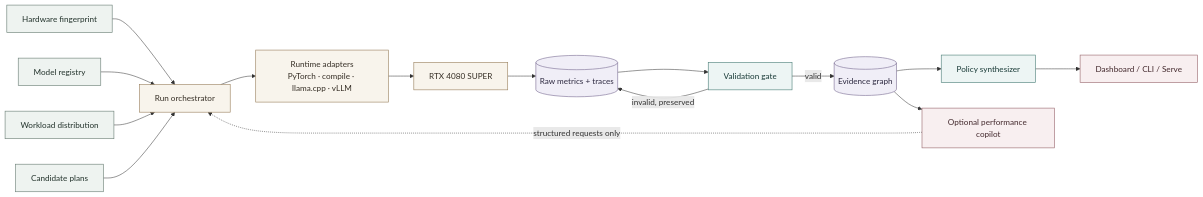
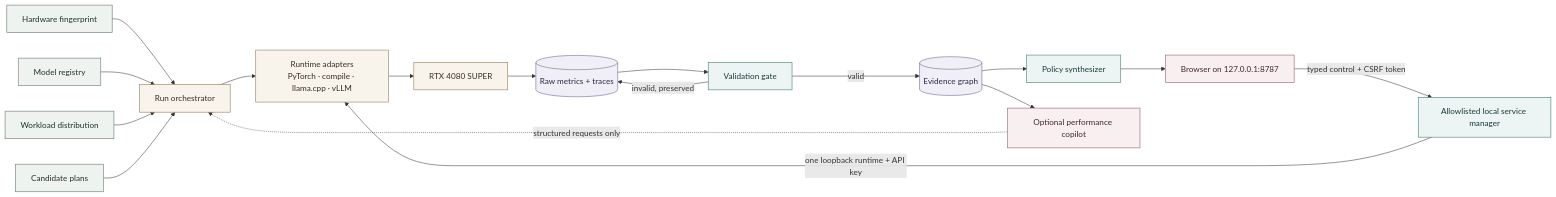
One commit to hanklin9188/EdgeFlow changed the diagram in diagrams/system_architecture.mmd. Above: the diagram before and after it, drawn with Mermaid. The commit also changed 48 other files, not shown here.

First line of the commit message:
Build secure local-first EdgeFlow control app (#2)

```diff
--- a/diagrams/system_architecture.mmd
+++ b/diagrams/system_architecture.mmd
@@ -1,35 +1,38 @@
 flowchart LR
     classDef input fill:#EEF3F0,stroke:#6B7F76,color:#22322B,stroke-width:1.2px
     classDef core fill:#F8F4EC,stroke:#9B8260,color:#352E25,stroke-width:1.2px
     classDef data fill:#F0EEF7,stroke:#7D7196,color:#2D2940,stroke-width:1.2px
     classDef safe fill:#EDF5F4,stroke:#4E807A,color:#183936,stroke-width:1.2px
     classDef output fill:#F8EFF0,stroke:#9A696F,color:#42282C,stroke-width:1.2px
 
     H[Hardware fingerprint]:::input
     M[Model registry]:::input
     W[Workload distribution]:::input
     P[Candidate plans]:::input
 
     O[Run orchestrator]:::core
+    L[Allowlisted local service manager]:::safe
     A[Runtime adapters\nPyTorch · compile · llama.cpp · vLLM]:::core
     G[RTX 4080 SUPER]:::core
 
     R[(Raw metrics + traces)]:::data
     V[Validation gate]:::safe
     E[(Evidence graph)]:::data
     S[Policy synthesizer]:::safe
-    D[Dashboard / CLI / Serve]:::output
+    D[Browser on 127.0.0.1:8787]:::output
     C[Optional performance copilot]:::output
 
     H --> O
     M --> O
     W --> O
     P --> O
     O --> A --> G
+    D -->|typed control + CSRF token| L
+    L -->|one loopback runtime + API key| A
     G --> R
     R --> V
     V -->|valid| E
     V -->|invalid, preserved| R
     E --> S --> D
     E --> C
     C -. structured requests only .-> O
```
